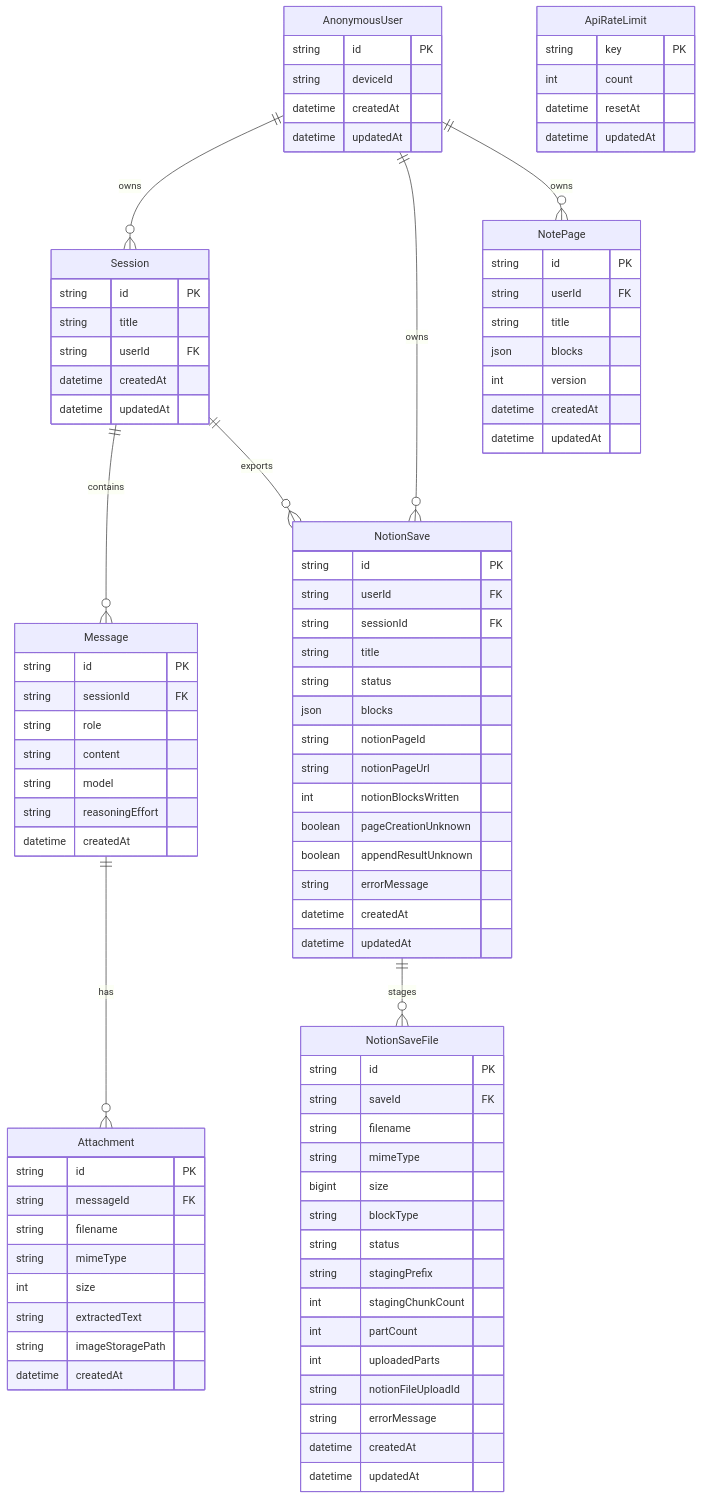
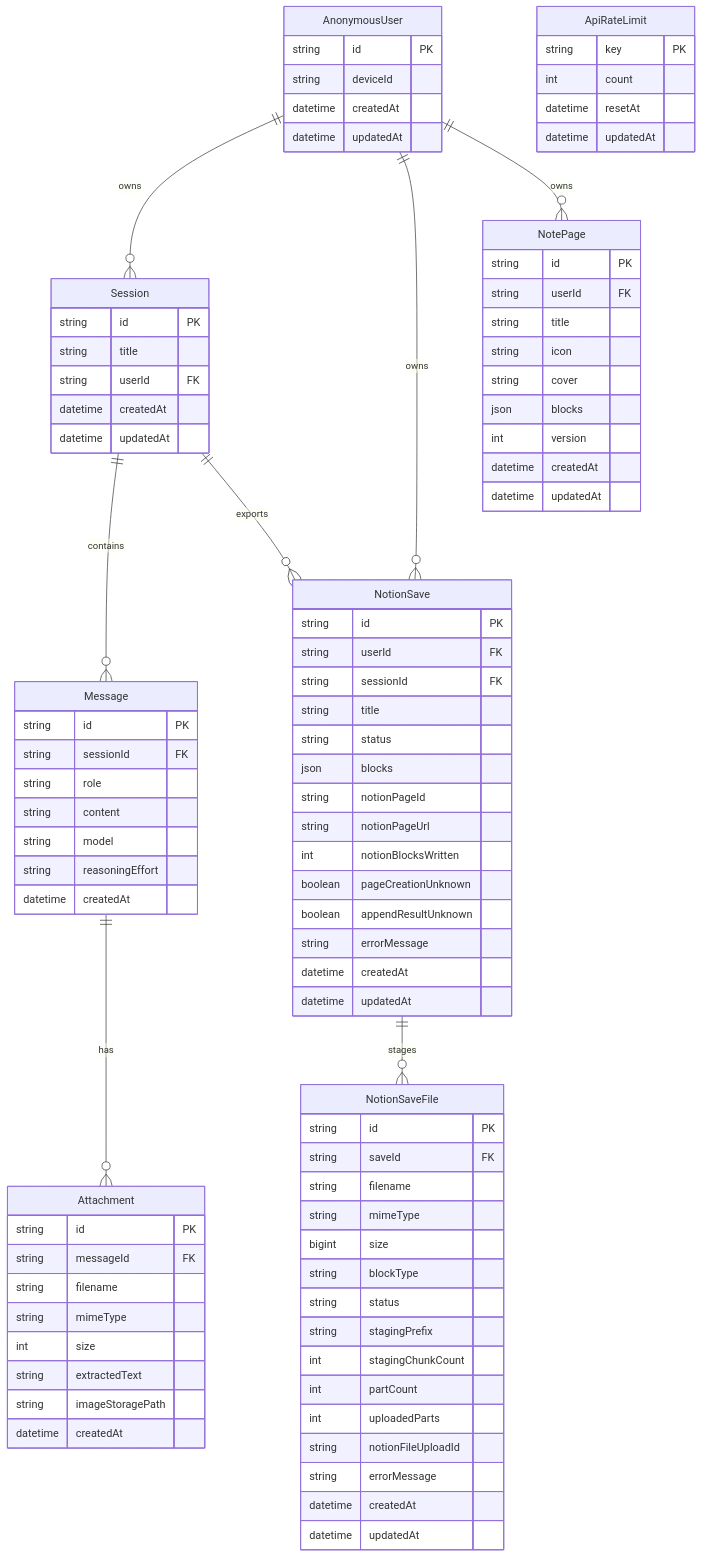
The diagram in docs/architecture/database.md (kakumine2001/NoteFable), drawn with Mermaid before and after one commit. The commit also changed other lines of this file and 19 other files, not shown here.

```diff
--- a/docs/architecture/database.md
+++ b/docs/architecture/database.md
@@ -74,6 +74,8 @@
         string id PK
         string userId FK
         string title
+        string icon
+        string cover
         json blocks
         int version
         datetime createdAt
```
